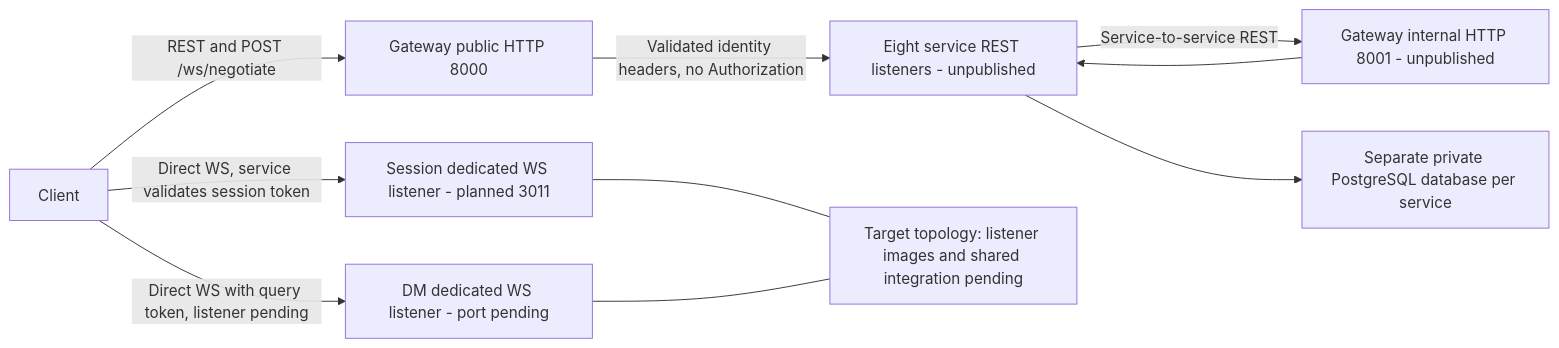
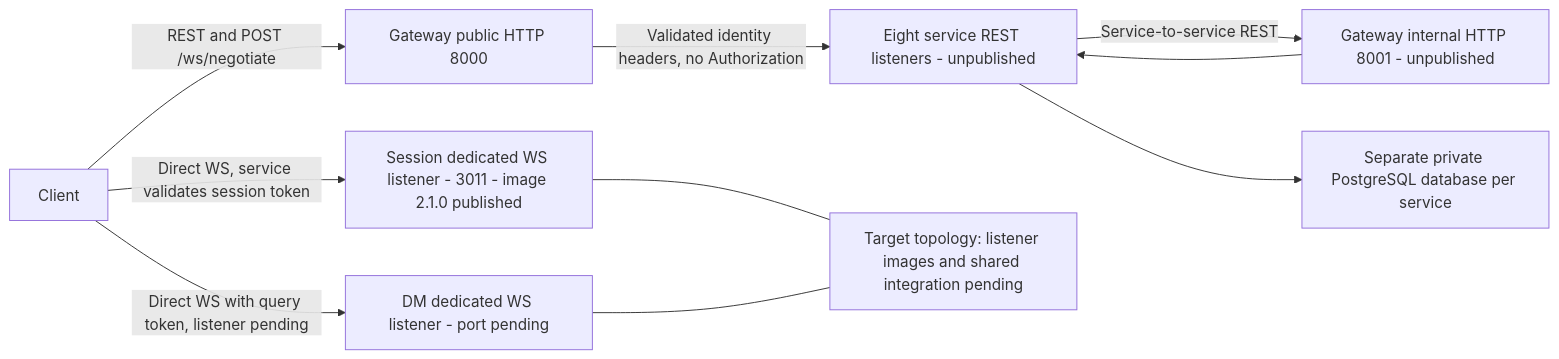
Before and after one commit to georgerabus/PAD-team-20: the diagram in docs/gateway-lab2.mmd, drawn with Mermaid. The commit also changed 6 other files, not shown here.

```diff
--- a/docs/gateway-lab2.mmd
+++ b/docs/gateway-lab2.mmd
@@ -1,17 +1,17 @@
 flowchart LR
   C[Client]
   G[Gateway public HTTP 8000]
   I[Gateway internal HTTP 8001 - unpublished]
   R[Eight service REST listeners - unpublished]
-  S[Session dedicated WS listener - planned 3011]
+  S[Session dedicated WS listener - 3011 - image 2.1.0 published]
   D[DM dedicated WS listener - port pending]
   DB[Separate private PostgreSQL database per service]
   C -->|REST and POST /ws/negotiate| G
   G -->|Validated identity headers, no Authorization| R
   R -->|Service-to-service REST| I
   I --> R
   C -->|Direct WS, service validates session token| S
   C -->|Direct WS with query token, listener pending| D
   R --> DB
   S --- N[Target topology: listener images and shared integration pending]
   D --- N
```
